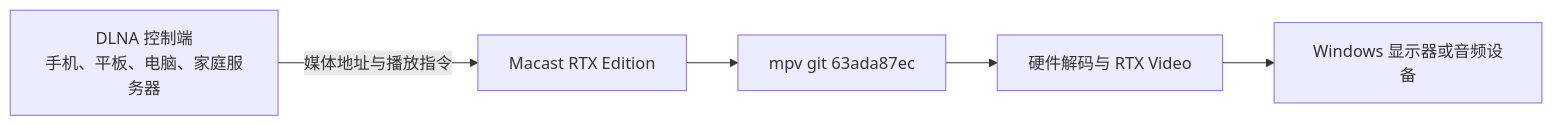
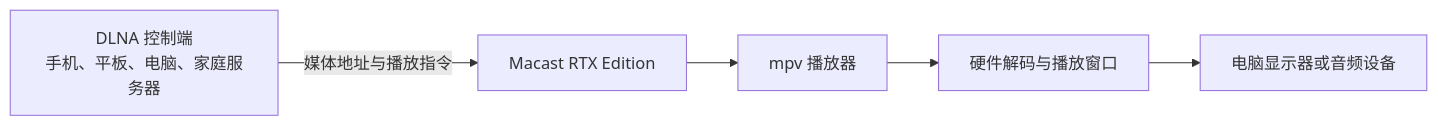
One commit to lemonevo/Macast-RTX-Edition changed the diagram in README.md. Above: the diagram before and after it, drawn with Mermaid. The commit also changed other lines of this file and 21 other files, not shown here.

````diff
--- a/README.md
+++ b/README.md
@@ -51,7 +51,7 @@
 ```mermaid
 flowchart LR
     A["DLNA 控制端<br/>手机、平板、电脑、家庭服务器"] -->|媒体地址与播放指令| B["Macast RTX Edition"]
-    B --> C["mpv git 63ada87ec"]
-    C --> D["硬件解码与 RTX Video"]
-    D --> E["Windows 显示器或音频设备"]
+    B --> C["mpv 播放器"]
+    C --> D["硬件解码与播放窗口"]
+    D --> E["电脑显示器或音频设备"]
 ```
````
